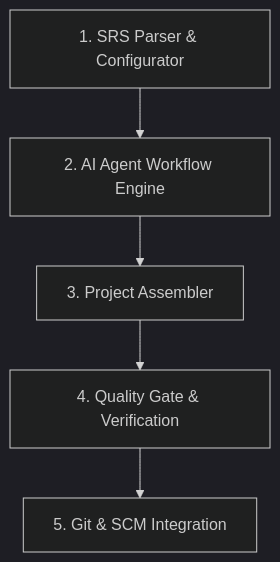
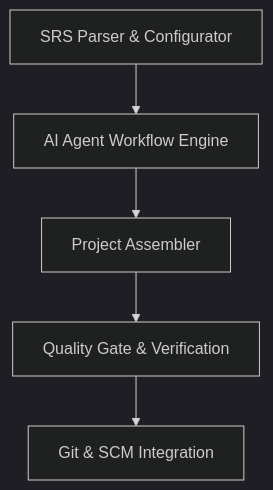
The first of 3 diagrams in AdkSdlcWorkflow_Design_Document.md (msn5566/ADKFramework), drawn with Mermaid (dark theme) before and after one commit.

````diff
--- a/AdkSdlcWorkflow_Design_Document.md
+++ b/AdkSdlcWorkflow_Design_Document.md
@@ -15,9 +15,9 @@
 ```mermaid
 graph TD
-    A["1. SRS Parser & Configurator"] --> B["2. AI Agent Workflow Engine"];
-    B --> C["3. Project Assembler"];
-    C --> D["4. Quality Gate & Verification"];
-    D --> E["5. Git & SCM Integration"];
+    A["SRS Parser & Configurator"] --> B["AI Agent Workflow Engine"];
+    B --> C["Project Assembler"];
+    C --> D["Quality Gate & Verification"];
+    D --> E["Git & SCM Integration"];
     
 
 ```
````
